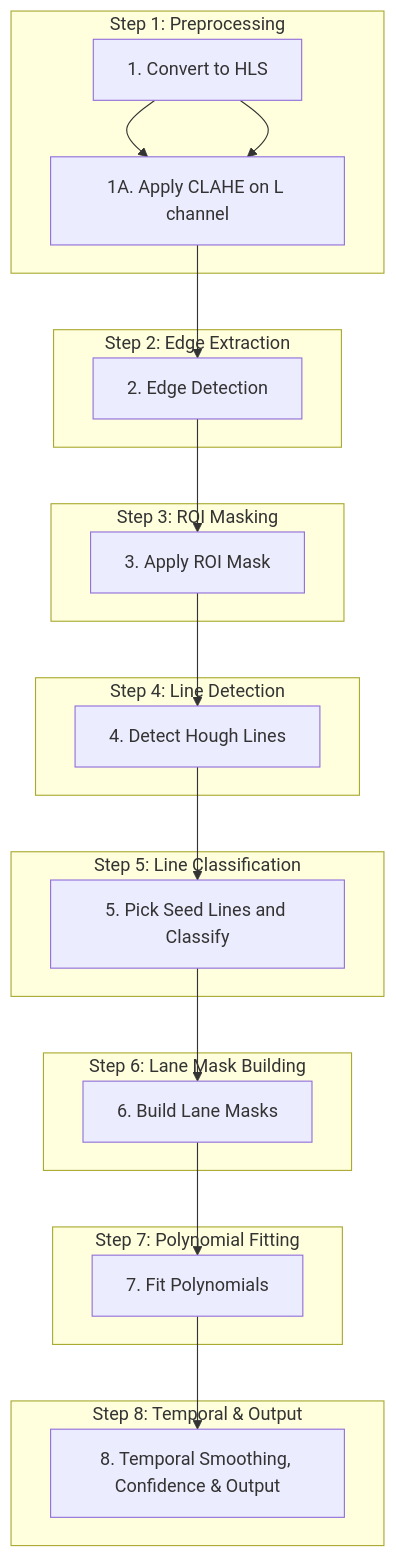
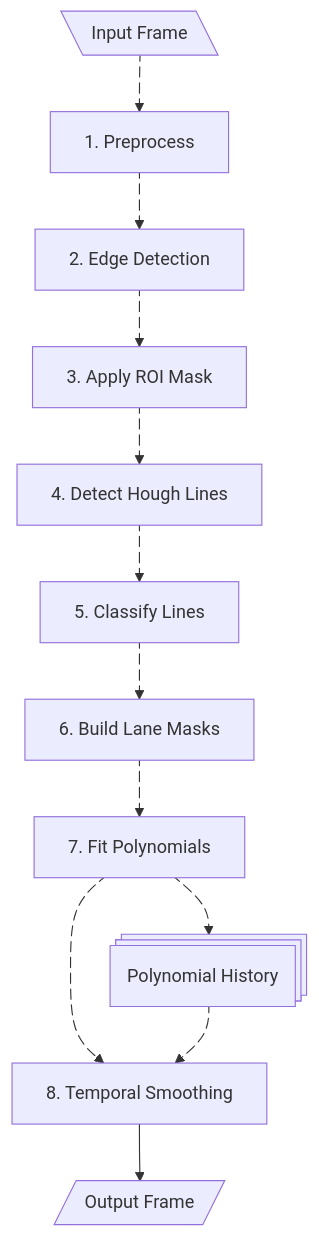
Before and after one commit to loloman333/lka_elte: the diagram in README.md, drawn with Mermaid. The commit also changed other lines of this file, not shown here.

````diff
--- a/README.md
+++ b/README.md
@@ -95,43 +26,30 @@
 ```mermaid
 flowchart TD
-    A[1. Convert to HLS] --> A1[1A. Apply CLAHE on L channel]
-    A1 --> B[2. Edge Detection]
-    B --> C[3. Apply ROI Mask]
-    C --> D[4. Detect Hough Lines]
-    D --> E[5. Pick Seed Lines and Classify]
-    E --> F[6. Build Lane Masks]
-    F --> G[7. Fit Polynomials]
-    G --> H[8. Temporal Smoothing, Confidence & Output]
+    I[Input Frame]@{shape: lean-l}
+    A[1. Preprocess]
+    B[2. Edge Detection]
+    C[3. Apply ROI Mask]
+    D[4. Detect Hough Lines]
+    E[5. Classify Lines]
+    F[6. Build Lane Masks]
+    G[7. Fit Polynomials]
+    H[8. Temporal Smoothing]
+    History[Polynomial History]@{shape: procs}
+    O[Output Frame]@{shape: lean-r}
 
-    subgraph Step1[Step 1: Preprocessing]
-        A --> A1
-    end
+    I c1@--> A c2@--> B c3@--> C c4@--> D
+    D c5@--> E c6@--> F c7@--> G
+    G c8@--> H c9@--> O
+    G c10@--> History c11@--> H
 
-    subgraph Step2[Step 2: Edge Extraction]
-        B
-    end
-
-    subgraph Step3[Step 3: ROI Masking]
-        C
-    end
-
-    subgraph Step4[Step 4: Line Detection]
-        D
-    end
-
-    subgraph Step5[Step 5: Line Classification]
-        E
-    end
-
-    subgraph Step6[Step 6: Lane Mask Building]
-        F
-    end
-
-    subgraph Step7[Step 7: Polynomial Fitting]
-        G
-    end
-
-    subgraph Step8[Step 8: Temporal & Output]
-        H
-    end
+    c1@{ animation: slow }
+    c2@{ animation: slow }
+    c3@{ animation: slow }
+    c4@{ animation: slow }
+    c5@{ animation: slow }
+    c6@{ animation: slow }
+    c7@{ animation: slow }
+    c8@{ animation: slow }
+    c10@{ animation: slow }
+    c11@{ animation: slow }
 ```
````
